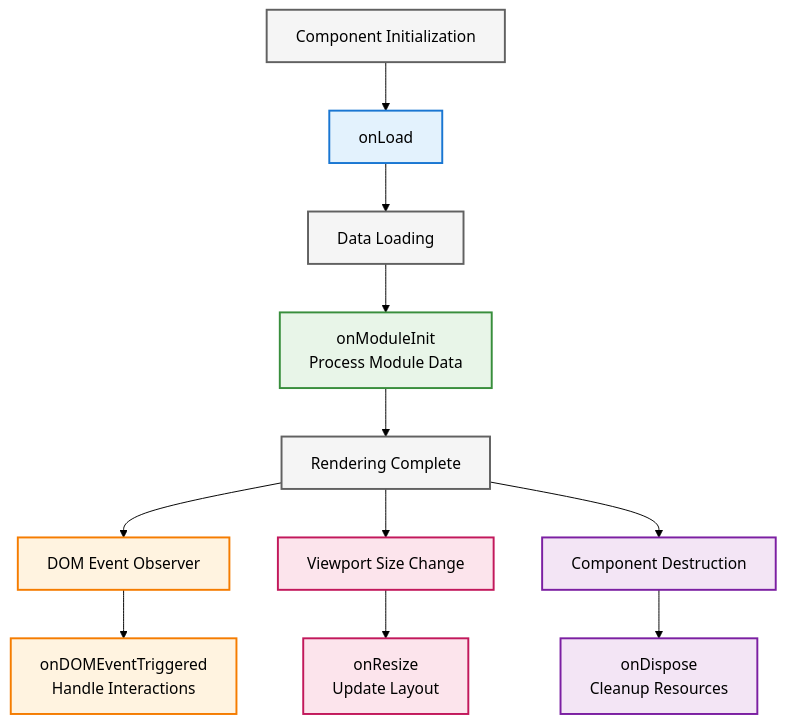
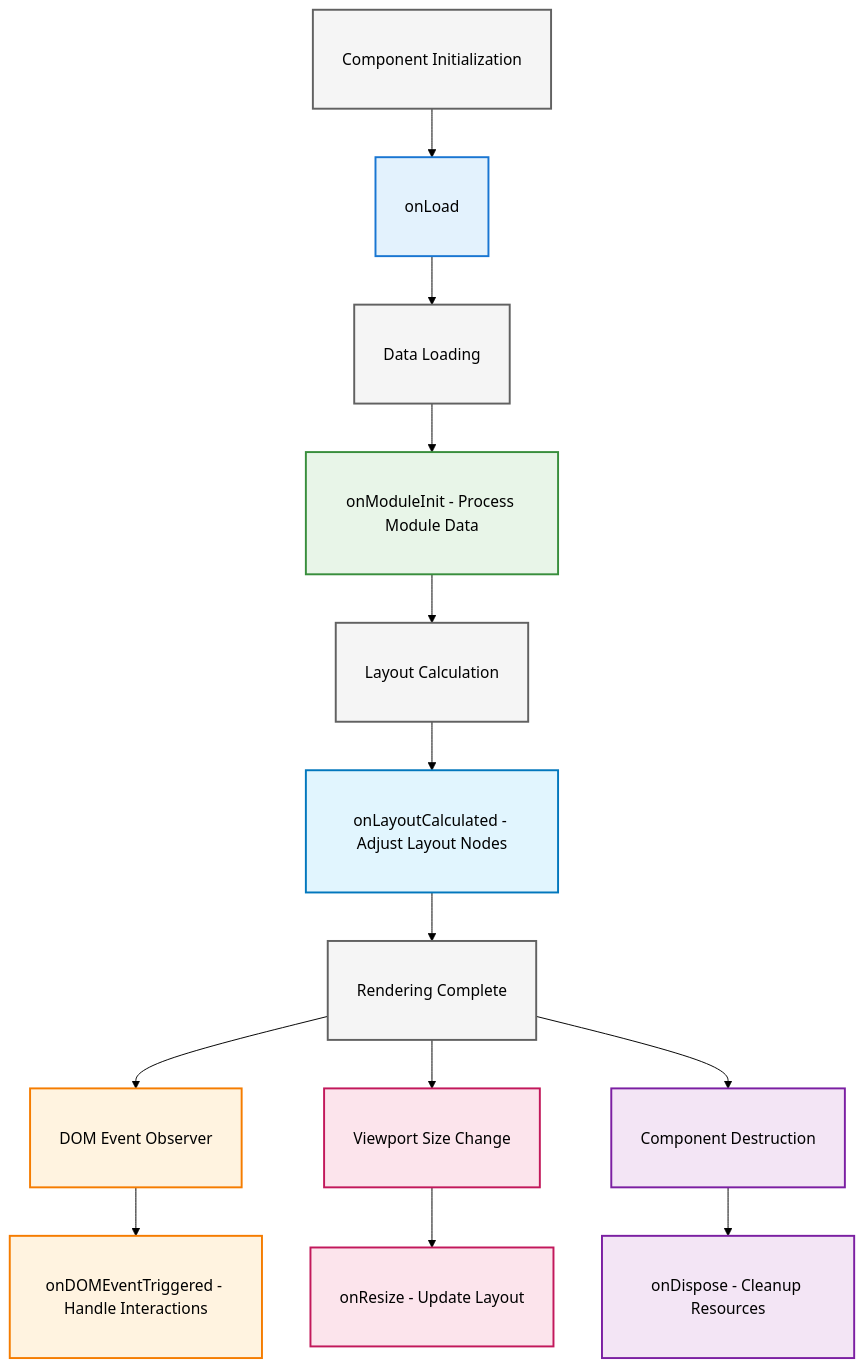
One commit to nonzzz/squarified changed the diagram in docs/plugins.md. Above: the diagram before and after it, drawn with Mermaid (forest theme). The commit also changed 3 other files, not shown here.

````diff
--- a/docs/plugins.md
+++ b/docs/plugins.md
@@ -34,30 +34,34 @@
 ```mermaid
 graph TD
     A[Component Initialization] --> B[onLoad]
     B --> C[Data Loading]
-    C --> D[onModuleInit<br/>Process Module Data]
-    D --> E[Rendering Complete]
+    C --> D[onModuleInit - Process Module Data]
+    D --> E[Layout Calculation]
+    E --> F[onLayoutCalculated - Adjust Layout Nodes]
+    F --> G[Rendering Complete]
     
-    E --> F[DOM Event Observer]
-    F --> G[onDOMEventTriggered<br/>Handle Interactions]
+    G --> H[DOM Event Observer]
+    H --> I[onDOMEventTriggered - Handle Interactions]
     
-    E --> H[Viewport Size Change]
-    H --> I[onResize<br/>Update Layout]
+    G --> J[Viewport Size Change]
+    J --> K[onResize - Update Layout]
     
-    E --> J[Component Destruction]
-    J --> K[onDispose<br/>Cleanup Resources]
+    G --> L[Component Destruction]
+    L --> M[onDispose - Cleanup Resources]
     
-    classDef init fill:#e3f2fd,stroke:#1976d2,stroke-width:2px,color:#000
-    classDef data fill:#e8f5e8,stroke:#388e3c,stroke-width:2px,color:#000
-    classDef event fill:#fff3e0,stroke:#f57c00,stroke-width:2px,color:#000
-    classDef layout fill:#fce4ec,stroke:#c2185b,stroke-width:2px,color:#000
-    classDef cleanup fill:#f3e5f5,stroke:#7b1fa2,stroke-width:2px,color:#000
-    classDef normal fill:#f5f5f5,stroke:#616161,stroke-width:2px,color:#000
+    classDef init fill:#e3f2fd,stroke:#1976d2,stroke-width:2px,color:#000,padding:8px 20px
+    classDef data fill:#e8f5e8,stroke:#388e3c,stroke-width:2px,color:#000,padding:8px 20px
+    classDef layout fill:#e1f5fe,stroke:#0277bd,stroke-width:2px,color:#000,padding:8px 20px
+    classDef event fill:#fff3e0,stroke:#f57c00,stroke-width:2px,color:#000,padding:8px 20px
+    classDef resize fill:#fce4ec,stroke:#c2185b,stroke-width:2px,color:#000,padding:8px 20px
+    classDef cleanup fill:#f3e5f5,stroke:#7b1fa2,stroke-width:2px,color:#000,padding:8px 20px
+    classDef normal fill:#f5f5f5,stroke:#616161,stroke-width:2px,color:#000,padding:8px 20px
     
-    class A,C,E normal
+    class A,C,E,G normal
     class B init
     class D data
-    class F,G event
-    class H,I layout
-    class J,K cleanup
+    class F layout
+    class H,I event
+    class J,K resize
+    class L,M cleanup
 ```
````
